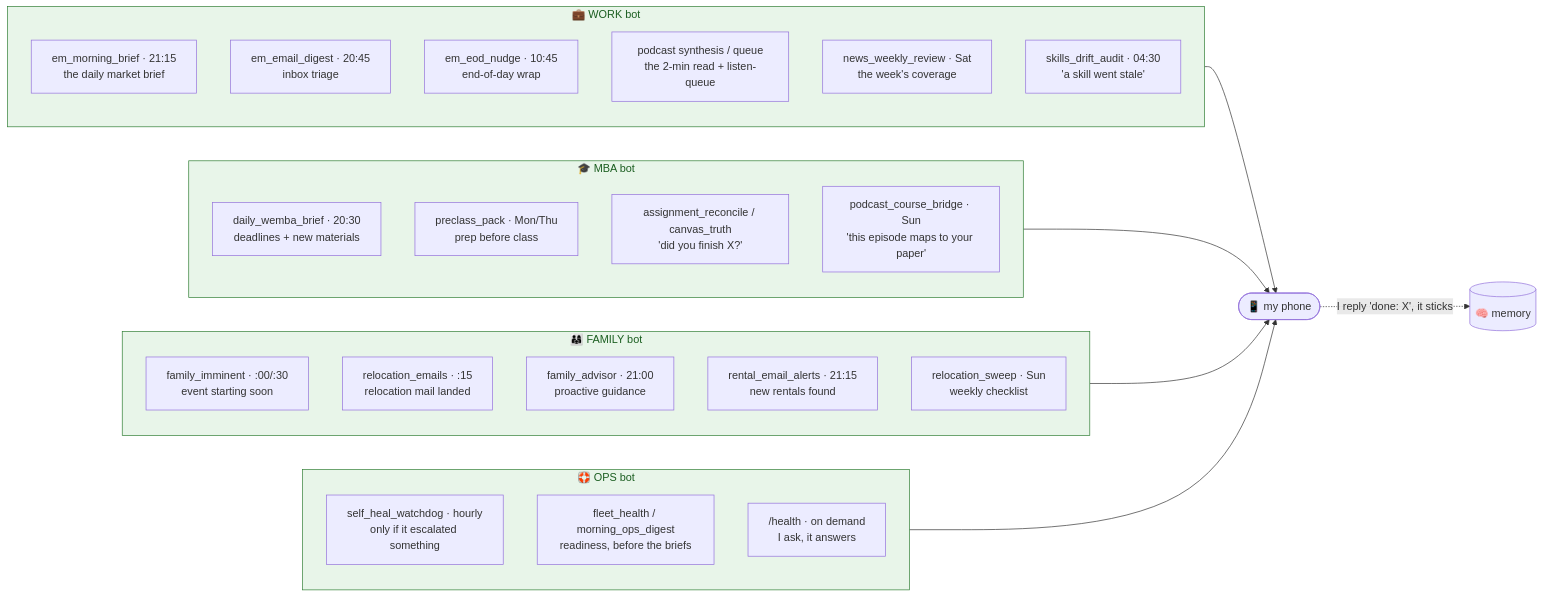
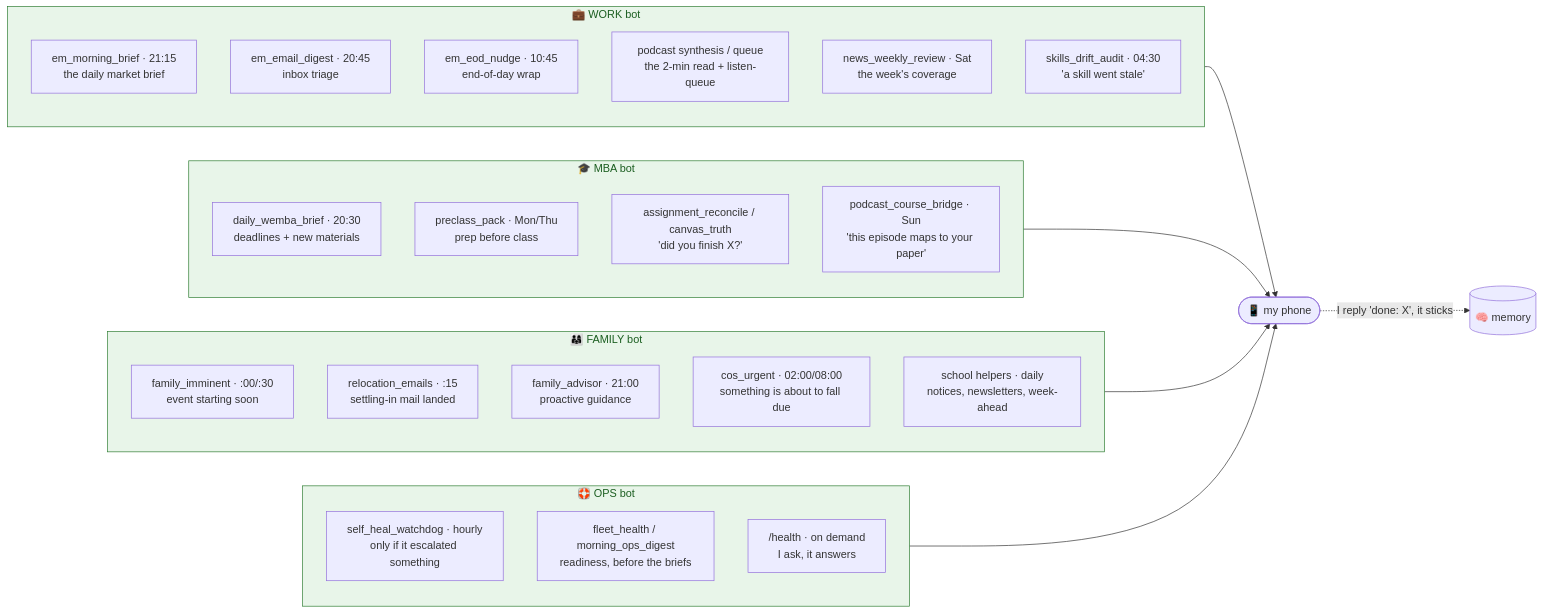
The fifth of 6 diagrams in docs/08-the-fleet-map.md (nickmuchi87/hermes-agents-showcase), drawn with Mermaid before and after one commit. The commit also changed other lines of this file and 13 other files, not shown here.

First line of the commit message:
Sync docs with the live fleet: 72 jobs + school helpers, post-move reframe

````diff
--- a/docs/08-the-fleet-map.md
+++ b/docs/08-the-fleet-map.md
@@ -227,39 +254,39 @@
 ```mermaid
 flowchart LR
     subgraph work["💼 WORK bot"]
         direction TB
         a1["em_morning_brief · 21:15<br/>the daily market brief"]
         a2["em_email_digest · 20:45<br/>inbox triage"]
         a3["em_eod_nudge · 10:45<br/>end-of-day wrap"]
         a4["podcast synthesis / queue<br/>the 2-min read + listen-queue"]
         a5["news_weekly_review · Sat<br/>the week's coverage"]
         a6["skills_drift_audit · 04:30<br/>'a skill went stale'"]
     end
     subgraph mba["🎓 MBA bot"]
         b1["daily_wemba_brief · 20:30<br/>deadlines + new materials"]
         b2["preclass_pack · Mon/Thu<br/>prep before class"]
         b3["assignment_reconcile / canvas_truth<br/>'did you finish X?'"]
         b4["podcast_course_bridge · Sun<br/>'this episode maps to your paper'"]
     end
     subgraph fam["👨‍👩‍👧 FAMILY bot"]
         c1["family_imminent · :00/:30<br/>event starting soon"]
-        c2["relocation_emails · :15<br/>relocation mail landed"]
+        c2["relocation_emails · :15<br/>settling-in mail landed"]
         c3["family_advisor · 21:00<br/>proactive guidance"]
-        c4["rental_email_alerts · 21:15<br/>new rentals found"]
-        c5["relocation_sweep · Sun<br/>weekly checklist"]
+        c4["cos_urgent · 02:00/08:00<br/>something is about to fall due"]
+        c5["school helpers · daily<br/>notices, newsletters, week-ahead"]
     end
     subgraph ops["🛟 OPS bot"]
         d1["self_heal_watchdog · hourly<br/>only if it escalated something"]
         d2["fleet_health / morning_ops_digest<br/>readiness, before the briefs"]
         d3["/health · on demand<br/>I ask, it answers"]
     end
 
     work --> phone(["📱 my phone"])
     mba --> phone
     fam --> phone
     ops --> phone
     phone -. "I reply 'done: X', it sticks" .-> brain[("🧠 memory")]
 
     classDef g fill:#e8f5e9,stroke:#2e7d32,color:#1b5e20;
     class work,mba,fam,ops g;
 ```
````
